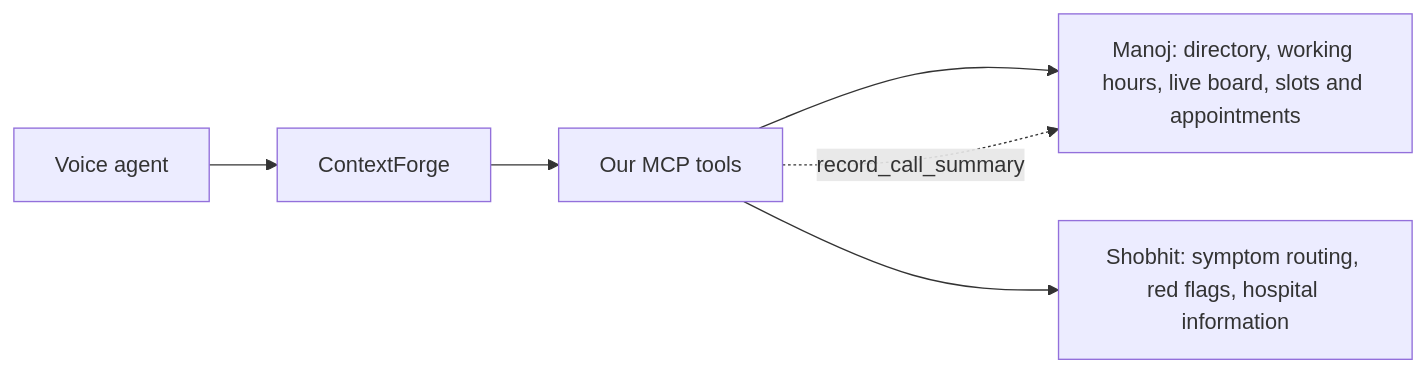
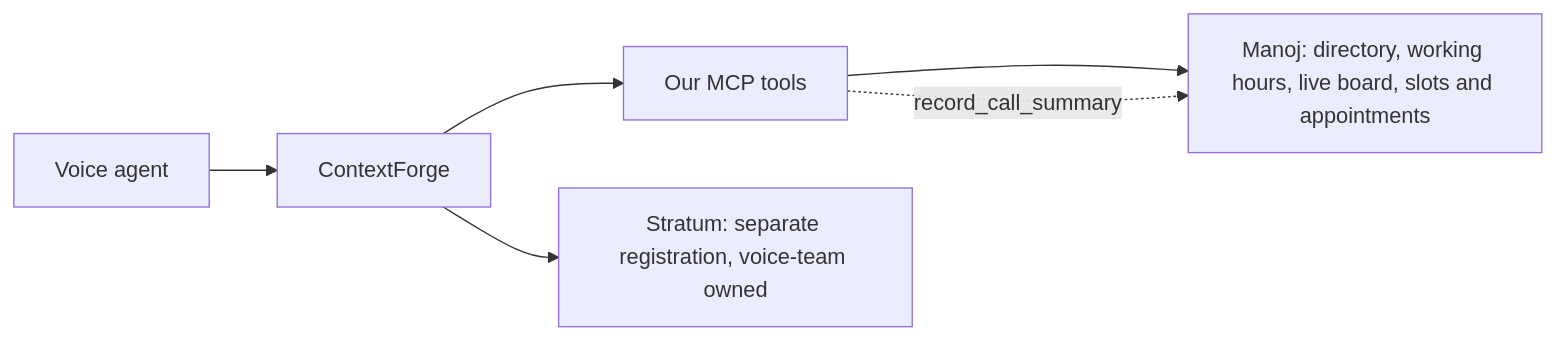
One commit to Garry2012/healthcare-tools changed the diagram in docs/handover/mcp-only/PLAN.md. Above: the diagram before and after it, drawn with Mermaid. The commit also changed other lines of this file and 9 other files, not shown here.

````diff
--- a/docs/handover/mcp-only/PLAN.md
+++ b/docs/handover/mcp-only/PLAN.md
@@ -11,8 +11,8 @@
 ```mermaid
 flowchart LR
   V[Voice agent] --> G[ContextForge]
   G --> M[Our MCP tools]
   M --> O[Manoj: directory, working hours, live board, slots and appointments]
-  M --> K[Shobhit: symptom routing, red flags, hospital information]
+  G --> K[Stratum: separate registration, voice-team owned]
   M -. record_call_summary .-> O
 ```
````
